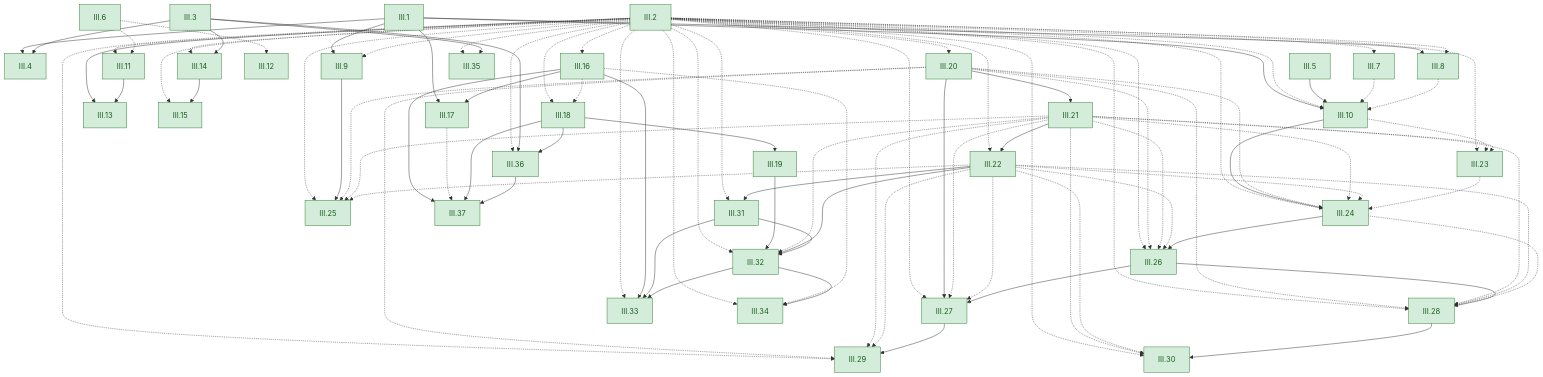
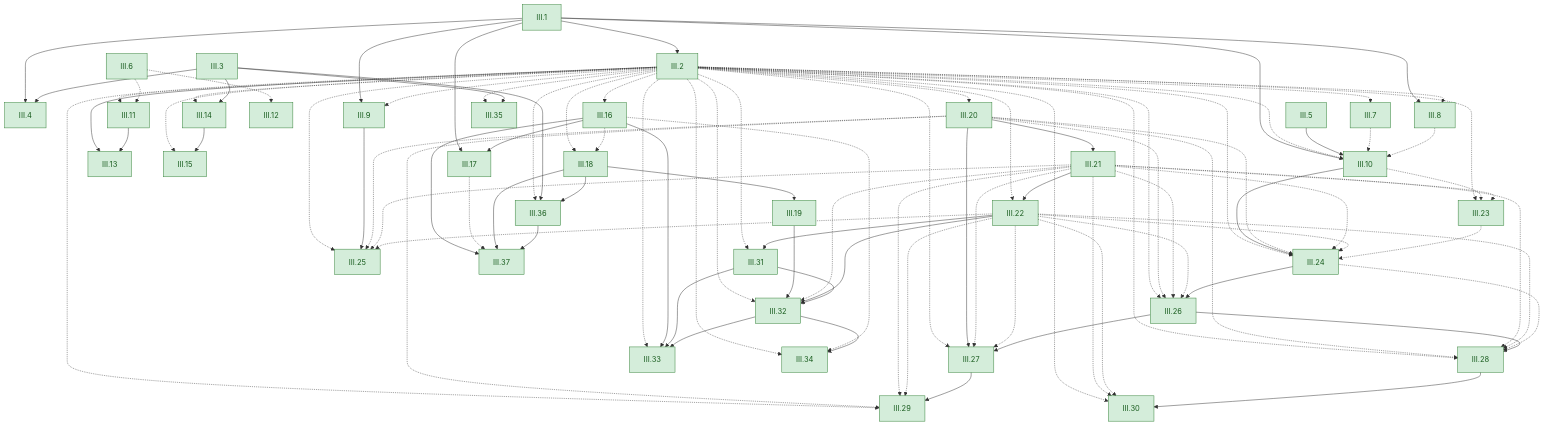
Before and after one commit to dodecaplex-co/stoicheia: the sixth of 6 diagrams in GRAPH.md, drawn with Mermaid. The commit also changed other lines of this file and 49 other files, not shown here.

```diff
--- a/GRAPH.md
+++ b/GRAPH.md
@@ -797,6 +797,7 @@
   III35["III.35"]
   III36["III.36"]
   III37["III.37"]
+  III1 --> III2
   III1 --> III4
   III3 --> III4
   III2 -.-> III7
```
